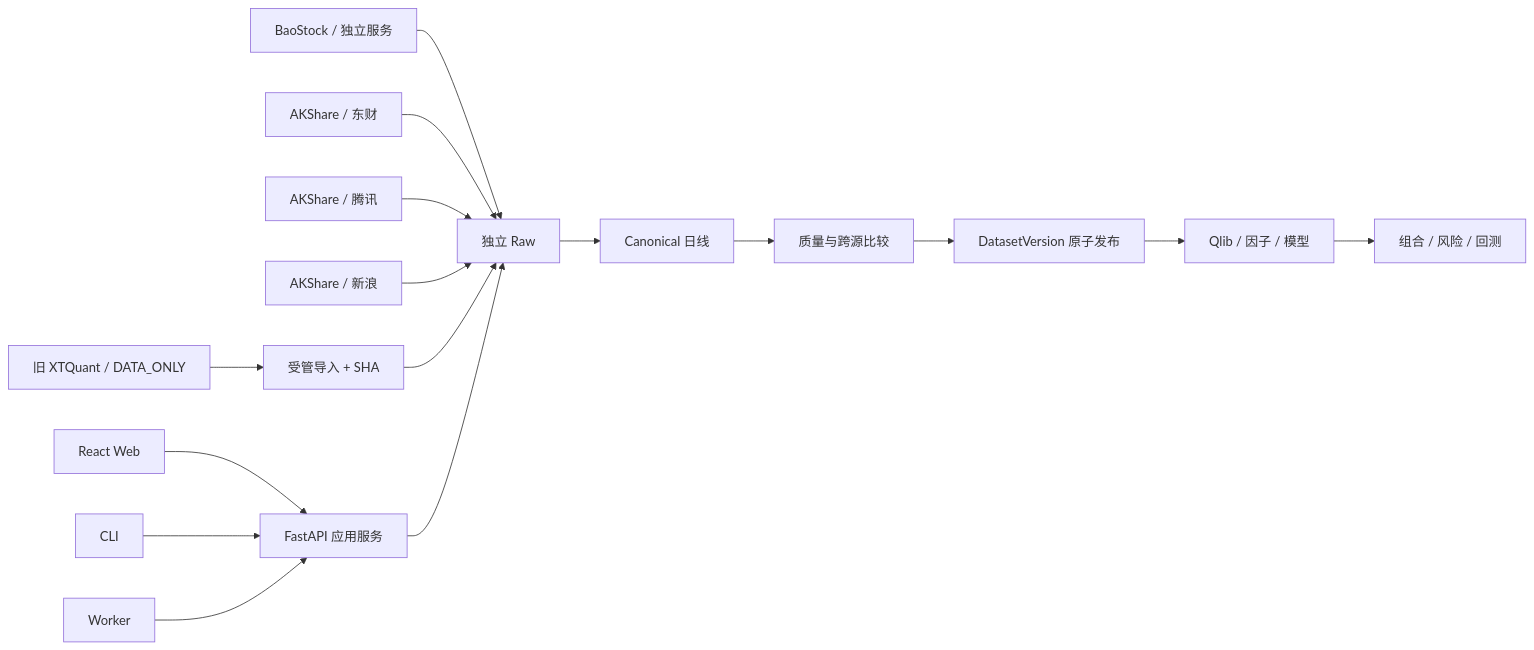
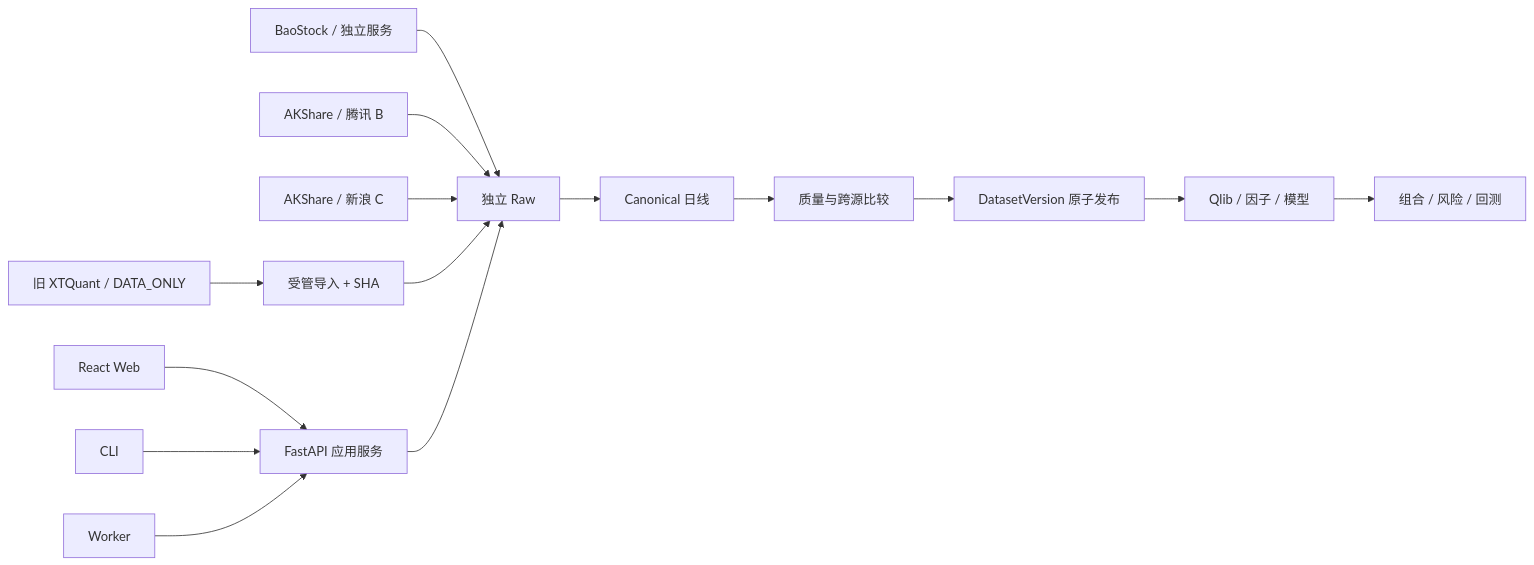
One commit to UselessRoman/QuantKingV3 changed the diagram in docs/ARCHITECTURE.md. Above: the diagram before and after it, drawn with Mermaid. The commit also changed other lines of this file and 22 other files, not shown here.

````diff
--- a/docs/ARCHITECTURE.md
+++ b/docs/ARCHITECTURE.md
@@ -7,18 +7,17 @@
 ```mermaid
 flowchart LR
     BS["BaoStock / 独立服务"] --> RAW["独立 Raw"]
-    EM["AKShare / 东财"] --> RAW["独立 Raw"]
-    TX["AKShare / 腾讯"] --> RAW
-    SN["AKShare / 新浪"] --> RAW
+    TX["AKShare / 腾讯 B"] --> RAW["独立 Raw"]
+    SN["AKShare / 新浪 C"] --> RAW
     LEGACY["旧 XTQuant / DATA_ONLY"] --> IMPORT["受管导入 + SHA"]
     IMPORT --> RAW
     RAW --> CAN["Canonical 日线"]
     CAN --> QA["质量与跨源比较"]
     QA --> PUB["DatasetVersion 原子发布"]
     PUB --> RESEARCH["Qlib / 因子 / 模型"]
     RESEARCH --> PORTFOLIO["组合 / 风险 / 回测"]
     WEB["React Web"] --> APP["FastAPI 应用服务"]
     CLI["CLI"] --> APP
     WORKER["Worker"] --> APP
     APP --> RAW
 ```
````
